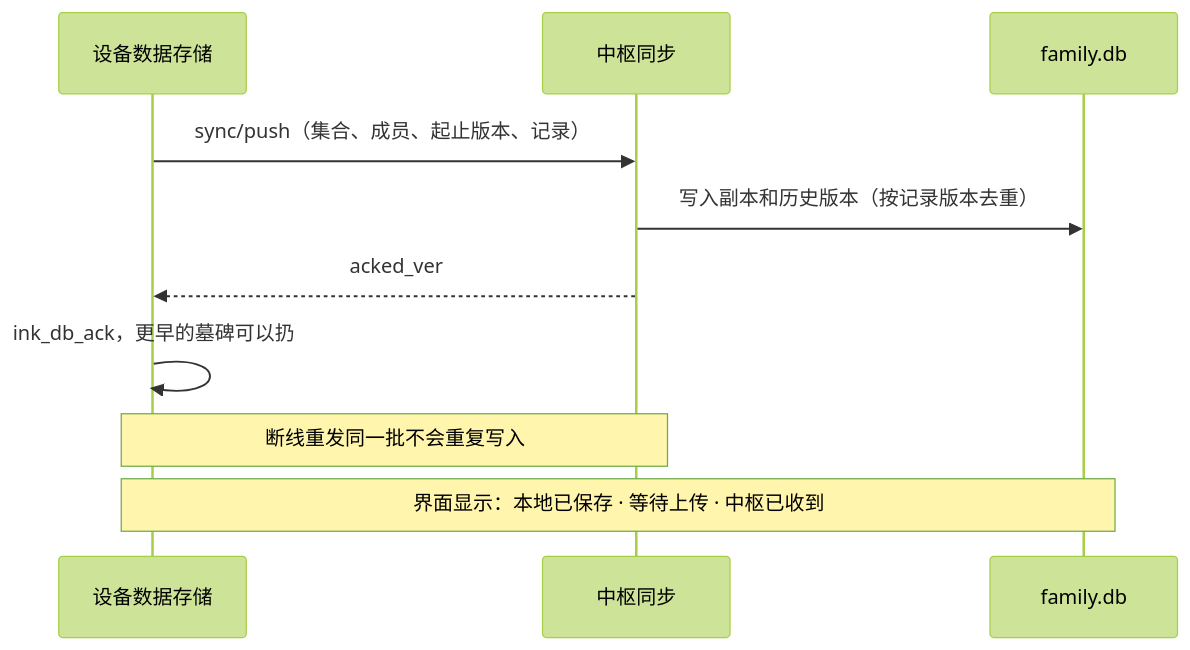
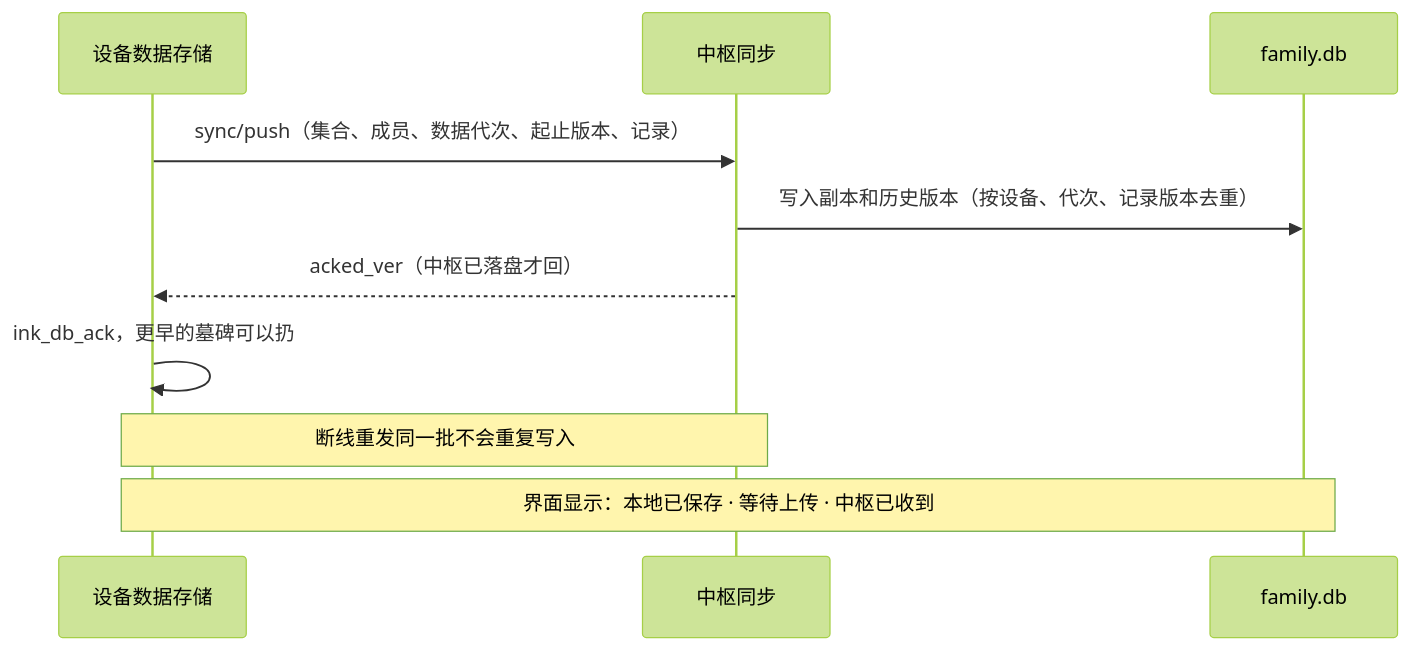
Before and after one commit to Gidean-zcx/ink: the tenth of 16 diagrams in docs/hub/hub-architecture.md, drawn with Mermaid (forest theme). The commit also changed other lines of this file and 16 other files, not shown here.

````diff
--- a/docs/hub/hub-architecture.md
+++ b/docs/hub/hub-architecture.md
@@ -724,12 +816,12 @@
 ```mermaid
 sequenceDiagram
   participant S as 设备数据存储
   participant G as 中枢同步
   participant F as family.db
-  S->>G: sync/push（集合、成员、起止版本、记录）
-  G->>F: 写入副本和历史版本（按记录版本去重）
-  G-->>S: acked_ver
+  S->>G: sync/push（集合、成员、数据代次、起止版本、记录）
+  G->>F: 写入副本和历史版本（按设备、代次、记录版本去重）
+  G-->>S: acked_ver（中枢已落盘才回）
   S->>S: ink_db_ack，更早的墓碑可以扔
   Note over S,G: 断线重发同一批不会重复写入
   Note over S,F: 界面显示：本地已保存 · 等待上传 · 中枢已收到
 ```
````
